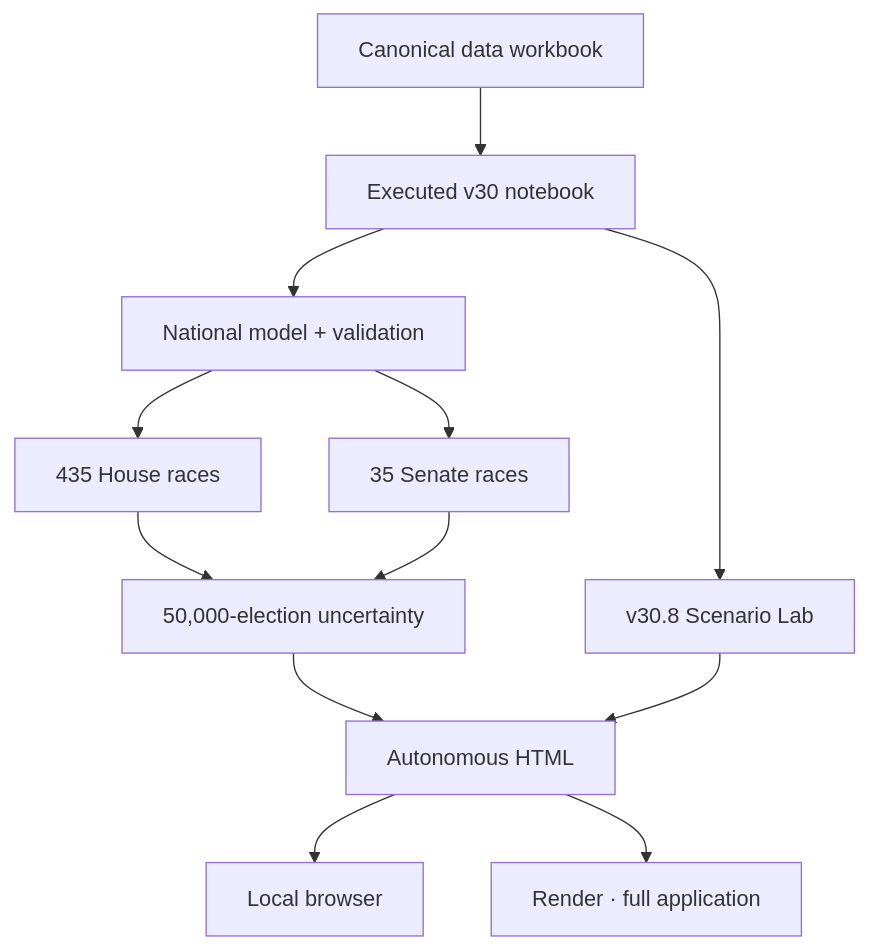
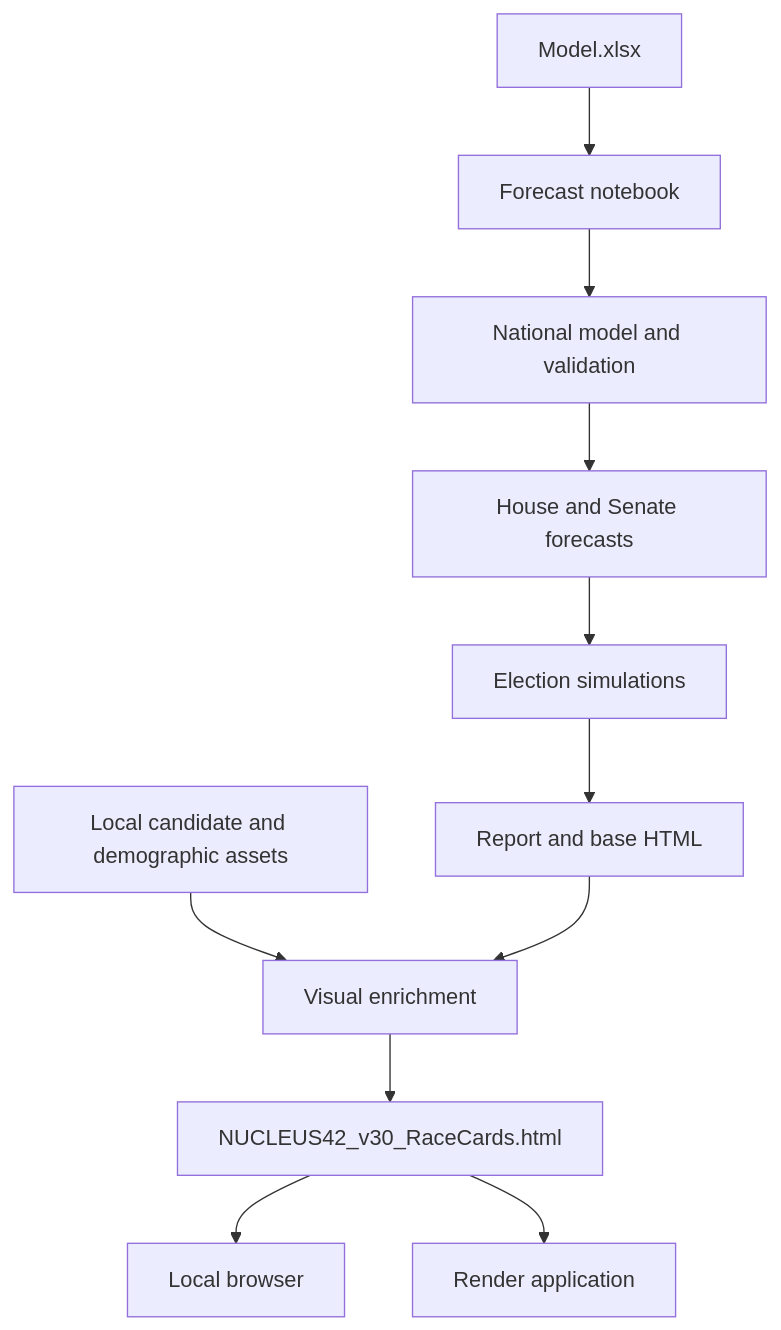
The diagram in README.md (juaniflls/midterms-2026-forecast), drawn with Mermaid before and after one commit. The commit also changed other lines of this file and 86 other files, not shown here.

Commit message:
corrected race cards

````diff
--- a/README.md
+++ b/README.md
@@ -65,14 +70,13 @@
 ```mermaid
 flowchart TD
-    A["Canonical data workbook"] --> B["Executed v30 notebook"]
-    B --> C["National model + validation"]
-    C --> D["435 House races"]
-    C --> E["35 Senate races"]
-    D --> F["50,000-election uncertainty"]
-    E --> F
-    B --> G["v30.8 Scenario Lab"]
-    F --> H["Autonomous HTML"]
-    G --> H
-    H --> I["Local browser"]
-    H --> J["Render · full application"]
+    A["Model.xlsx"] --> B["Forecast notebook"]
+    B --> C["National model and validation"]
+    C --> D["House and Senate forecasts"]
+    D --> E["Election simulations"]
+    E --> F["Report and base HTML"]
+    G["Local candidate and demographic assets"] --> H["Visual enrichment"]
+    F --> H
+    H --> I["NUCLEUS42_v30_RaceCards.html"]
+    I --> J["Local browser"]
+    I --> K["Render application"]
 ```
````
